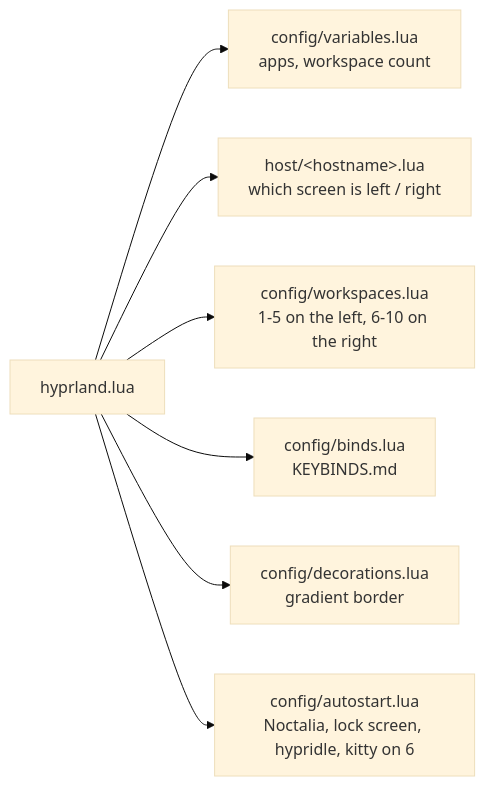
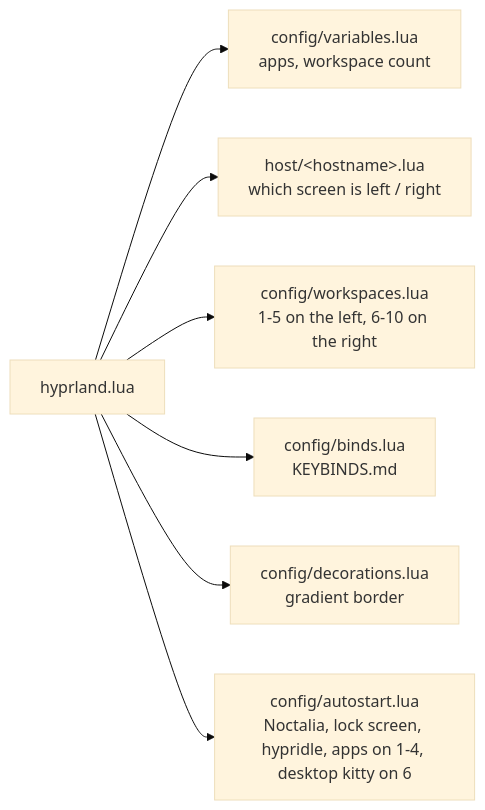
Before and after one commit to h1n054ur/desktop: the diagram in hyprland/README.md, drawn with Mermaid (base theme). The commit also changed other lines of this file and 22 other files, not shown here.

````diff
--- a/hyprland/README.md
+++ b/hyprland/README.md
@@ -20,9 +20,9 @@
 ```mermaid
 flowchart LR
   H["hyprland.lua"] --> V["config/variables.lua<br/>apps, workspace count"]
   H --> HO["host/&lt;hostname&gt;.lua<br/>which screen is left / right"]
   H --> WS["config/workspaces.lua<br/>1-5 on the left, 6-10 on the right"]
   H --> B["config/binds.lua<br/>KEYBINDS.md"]
   H --> D["config/decorations.lua<br/>gradient border"]
-  H --> A["config/autostart.lua<br/>Noctalia, lock screen, hypridle, kitty on 6"]
+  H --> A["config/autostart.lua<br/>Noctalia, lock screen, hypridle, apps on 1-4, desktop kitty on 6"]
 ```
````
